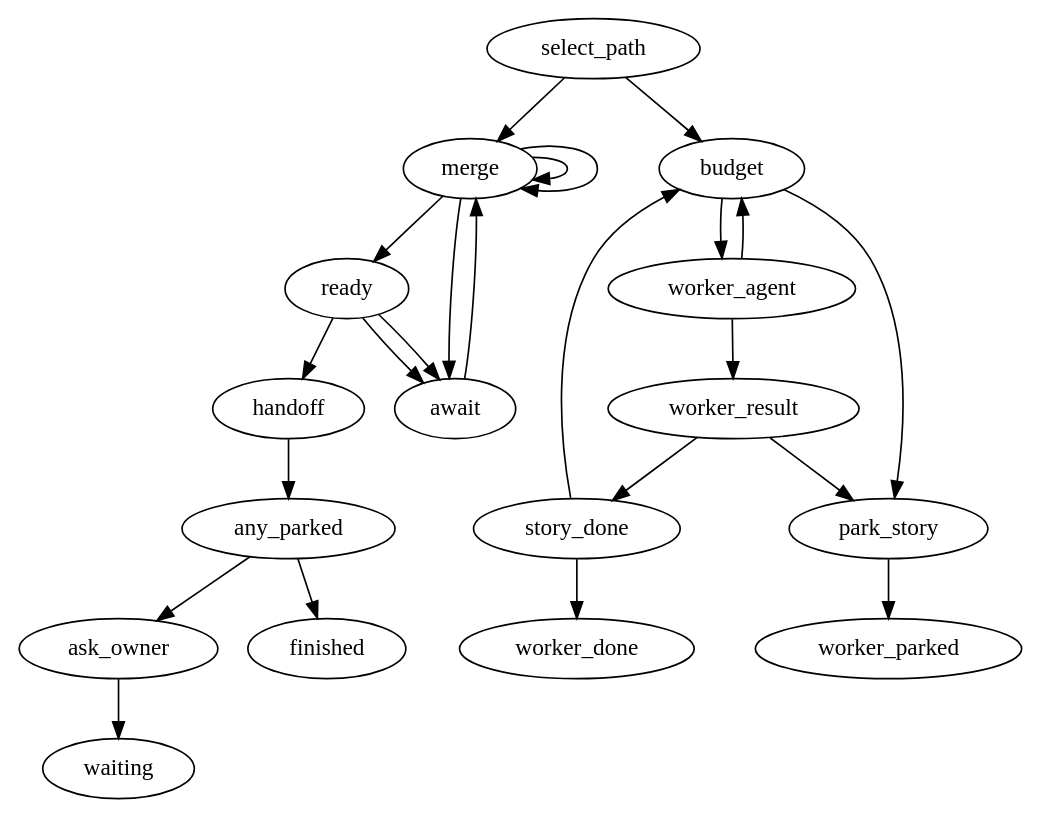
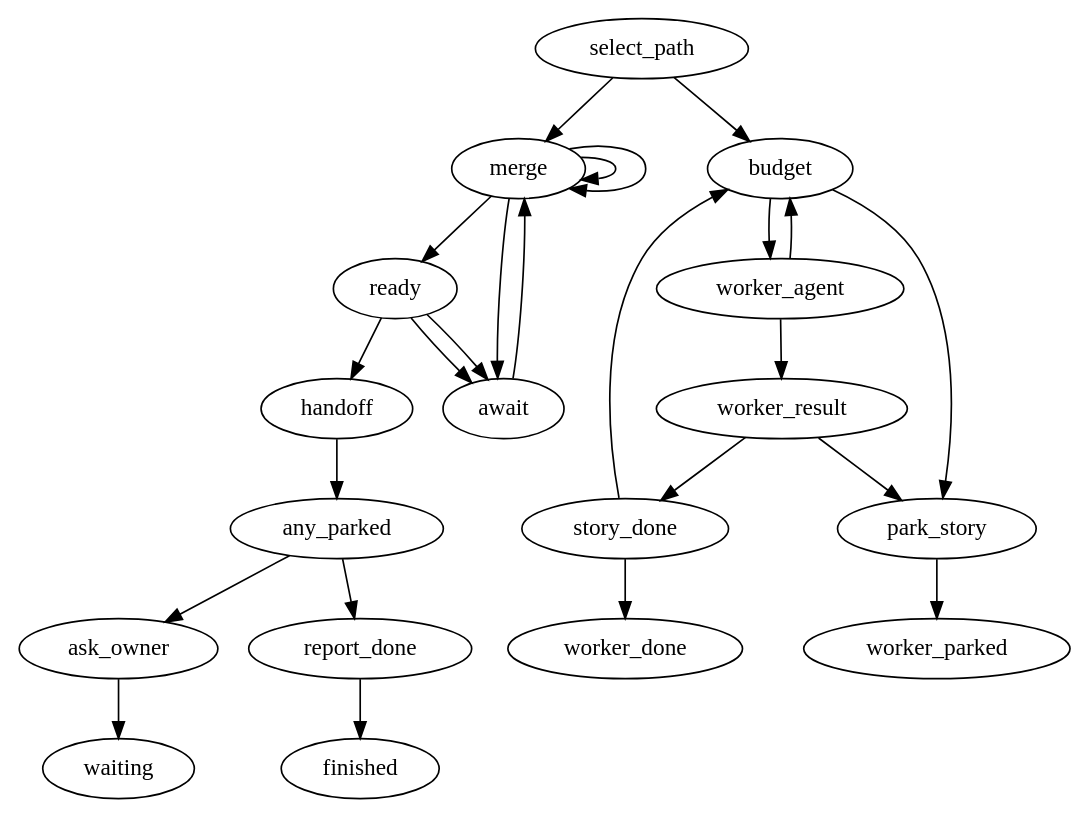
One commit to marioatcloudvane/litefactory changed the diagram in internal/teamsource/python-fastapi/implement/implement.dot. Above: the diagram before and after it, drawn with Graphviz. The commit also changed 526 other files, not shown here.

```diff
--- a/internal/teamsource/python-fastapi/implement/implement.dot
+++ b/internal/teamsource/python-fastapi/implement/implement.dot
@@ -1,82 +1,85 @@
 // Implement runs a managed feature as a graph. The factory decides which path a
 // run takes: the parent issue takes the coordinator path, and each story
 // sub-issue takes the worker path with a session, branch and worktree of its
 // own. Independent stories therefore build side by side, and a story that fails
 // does not stop the others.
 //
 // Coordinator (parent issue). It merges finished stories until none is left,
 // then starts every story that is ready. While stories build it rests at await
 // and ends the run; it wakes when a story changes state. When no story can start
 // or finish, it writes the hand-off report. If any story is parked, it asks the
-// owner one question that lists them all and waits. The coordinator never
-// writes code.
+// owner one question that lists them all and waits. If every story is merged,
+// it reports completion on the parent once. The coordinator never writes code.
 //
 // Worker (story sub-issue). The repair budget is counted in the story ledger:
 // the first attempt and two repairs. One write-access agent writes the code and
 // its tailored unit tests and runs them. Only an accepted completed answer is
 // saved (committed and pushed), and only then is the story done. A blocked or
 // incomplete answer parks the story at once with the agent's own reason. A failed
 // attempt, a failed save or an exhausted budget go to the budget decision.
 //
 // This file is the only place the flow lives. Go supplies steps and never picks
 // the next step. Every node has a positive lf_limit; the limits on the coordinator
 // loop are sized for the largest story set plus owner resumes.
 digraph implement {
  graph [team="python-fastapi", mode="implement", profile_version="1", start="select_path"];
 
  // ---- Path selection ---------------------------------------------------------
  select_path [lf_action="lf_implement_select", lf_outcomes="coordinator,worker", lf_limit="4"];
 
  // ---- Coordinator --------------------------------------------------------------
  merge      [lf_action="lf_implement_merge", lf_outcomes="merged,parked,none,retry", lf_limit="64"];
  ready      [lf_action="lf_implement_ready", lf_outcomes="started,waiting,drained", lf_limit="64"];
  await      [lf_action="lf_implement_await", lf_outcomes="go", lf_limit="64"];
  handoff    [lf_action="lf_implement_handoff", lf_outcomes="posted", lf_limit="16"];
  any_parked [lf_action="lf_implement_any_parked", lf_outcomes="true,false", lf_limit="16"];
  ask_owner  [lf_action="lf_implement_ask", lf_outcomes="published", lf_source="merge", lf_limit="16"];
+ report_done [lf_action="lf_implement_report_done", lf_outcomes="published", lf_source="merge", lf_limit="16"];
 
  // ---- Worker -----------------------------------------------------------------------
  budget        [lf_action="lf_implement_budget", lf_outcomes="run,park", lf_limit="8"];
  worker_agent  [lf_action="lf_agent", lf_outcomes="success,failed", lf_agent_markdown="story-worker", lf_skills="implement-result,team-guidance", lf_limit="3"];
  worker_result [lf_action="lf_implement_result", lf_outcomes="completed,stopped", lf_source="worker_agent", lf_limit="3"];
  story_done    [lf_action="lf_implement_story_done", lf_outcomes="done,retry", lf_limit="3"];
  park_story    [lf_action="lf_implement_park", lf_outcomes="parked", lf_limit="4"];
 
  // ---- Terminals ------------------------------------------------------------------------
  waiting       [lf_terminal="true"];
  finished      [lf_terminal="true"];
  worker_done   [lf_terminal="true"];
  worker_parked [lf_terminal="true"];
 
  select_path -> merge  [lf_on="coordinator"];
  select_path -> budget [lf_on="worker"];
 
  // Coordinator: merge until none, then ready. A started or waiting result rests
  // at await; a drained one is the end of the work.
  merge -> merge   [lf_on="merged"];
  merge -> merge   [lf_on="parked"];
  merge -> ready   [lf_on="none"];
  merge -> await   [lf_on="retry"];
  ready -> await   [lf_on="started"];
  ready -> await   [lf_on="waiting"];
  ready -> handoff [lf_on="drained"];
  await -> merge   [lf_on="go"];
 
- // After the hand-off, one question for every parked story, or finish.
+ // After the hand-off, one question for every parked story, or the completion
+ // reply and finish.
  handoff    -> any_parked [lf_on="posted"];
  any_parked -> ask_owner  [lf_on="true"];
- any_parked -> finished   [lf_on="false"];
+ any_parked -> report_done [lf_on="false"];
  ask_owner  -> waiting    [lf_on="published"];
+ report_done -> finished  [lf_on="published"];
 
  // Worker: budget, then the agent. Completed is saved; blocked or incomplete parks
  // at once. A failed attempt or a failed save goes back to the budget.
  budget        -> worker_agent  [lf_on="run"];
  budget        -> park_story    [lf_on="park"];
  worker_agent  -> worker_result [lf_on="success"];
  worker_agent  -> budget        [lf_on="failed"];
  worker_result -> story_done    [lf_on="completed"];
  worker_result -> park_story    [lf_on="stopped"];
  story_done    -> worker_done   [lf_on="done"];
  story_done    -> budget        [lf_on="retry"];
  park_story    -> worker_parked [lf_on="parked"];
 }
```
